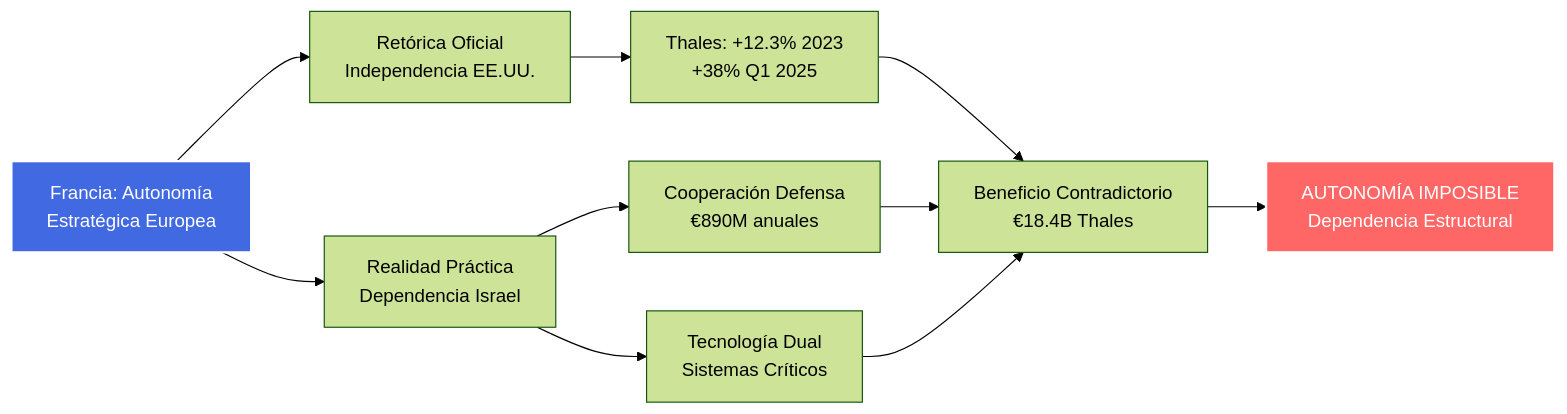
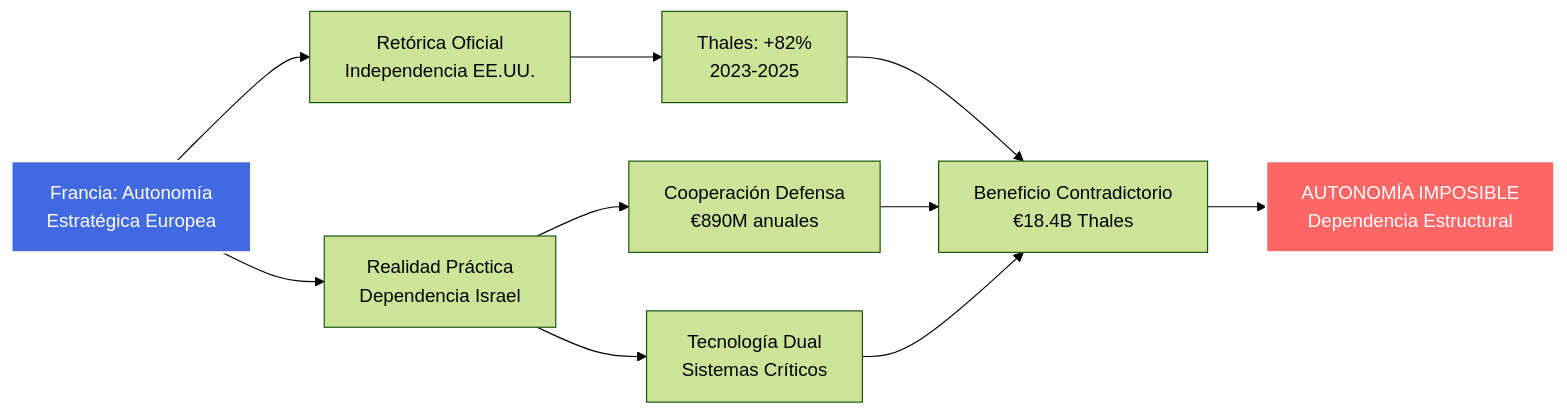
One commit to perpetuocambio/annotations changed diagram 15 of 20 in intel/israel_geopolitical_analysis.md. Above: the diagram before and after it, drawn with Mermaid (forest theme). The commit also changed other lines of this file, not shown here.

````diff
--- a/intel/israel_geopolitical_analysis.md
+++ b/intel/israel_geopolitical_analysis.md
@@ -670,18 +695,18 @@
 ```mermaid
 flowchart LR
     A[Francia: Autonomía<br/>Estratégica Europea] --> B[Retórica Oficial<br/>Independencia EE.UU.]
     A --> C[Realidad Práctica<br/>Dependencia Israel]
 
-    B --> D[Thales: +12.3% 2023<br/>+38% Q1 2025]
+    B --> D[Thales: +82%<br>2023-2025]
     C --> E[Cooperación Defensa<br/>€890M anuales]
     C --> F[Tecnología Dual<br/>Sistemas Críticos]
 
     D --> G[Beneficio Contradictorio<br/>€18.4B Thales]
     E --> G
     F --> G
 
     G --> H[AUTONOMÍA IMPOSIBLE<br/>Dependencia Estructural]
 
     style A fill:#4169e1,stroke:#fff,stroke-width:2px,color:#fff
     style H fill:#ff6666,stroke:#fff,stroke-width:2px,color:#fff
 ```
````
